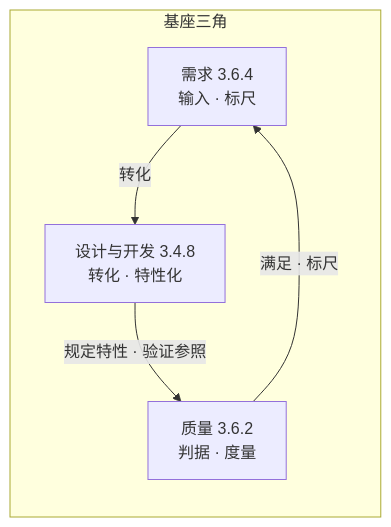
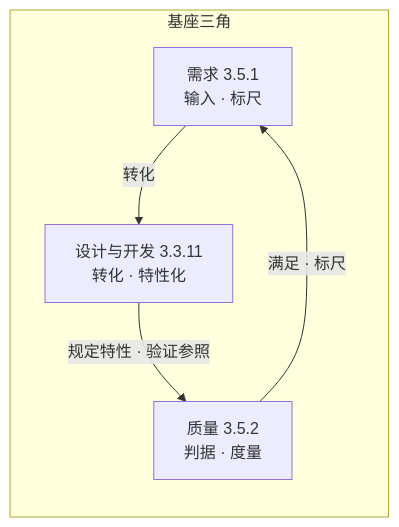
Diagram 16 of 17 in 100-subprojects/01-系统工程研究/00-系统工程相关研究报告/01-设计开发概念研究报告-从需求到质量基座.md (Yongjunzhou/AOS-system-design), drawn with Mermaid before and after one commit. The commit also changed other lines of this file and 38 other files, not shown here.

````diff
--- a/100-subprojects/01-系统工程研究/00-系统工程相关研究报告/01-设计开发概念研究报告-从需求到质量基座.md
+++ b/100-subprojects/01-系统工程研究/00-系统工程相关研究报告/01-设计开发概念研究报告-从需求到质量基座.md
@@ -690,11 +709,11 @@
 ```mermaid
 flowchart LR
     subgraph 基座三角
-        A["需求 3.6.4<br/>输入 · 标尺"]
-        B["设计与开发 3.4.8<br/>转化 · 特性化"]
-        C["质量 3.6.2<br/>判据 · 度量"]
+        A["需求 3.5.1<br/>输入 · 标尺"]
+        B["设计与开发 3.3.11<br/>转化 · 特性化"]
+        C["质量 3.5.2<br/>判据 · 度量"]
     end
     A -->|转化| B
     B -->|规定特性 · 验证参照| C
     C -->|满足 · 标尺| A
 ```
````
